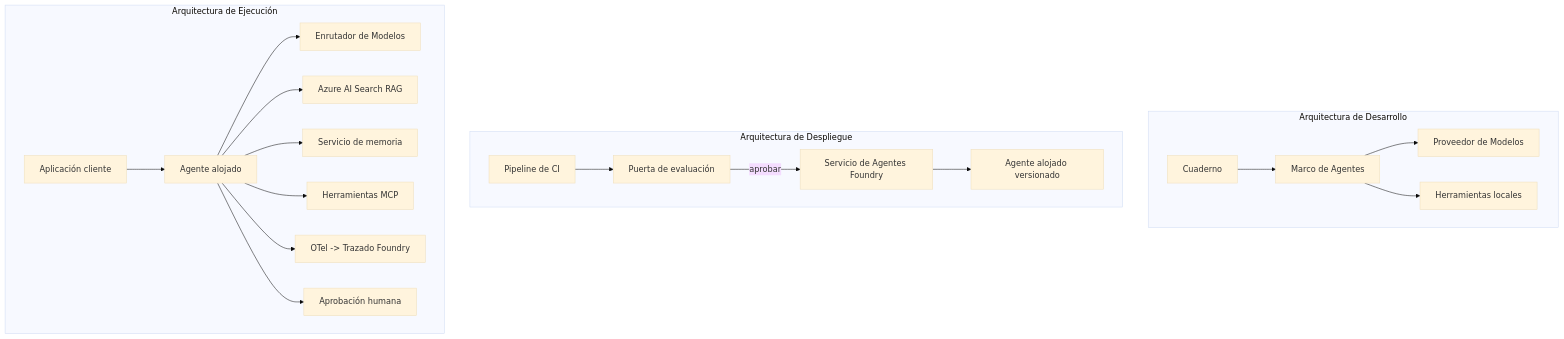
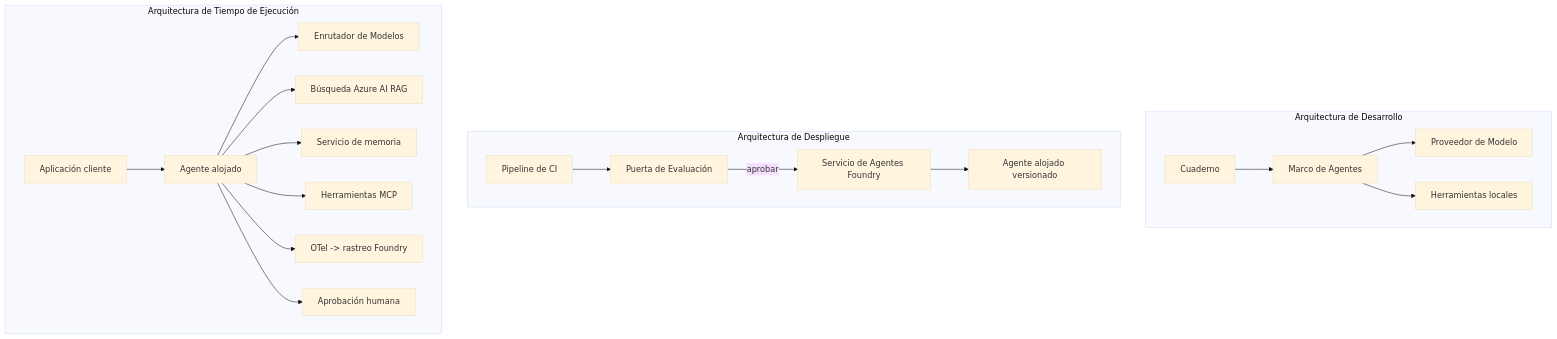
One commit to gabrielmoreira/agent-skills-mirror changed the fourth of 4 diagrams in mirrors/repos/microsoft@ai-agents-for-beginners/translations/es/16-deploying-scalable-agents/README.md. Above: the diagram before and after it, drawn with Mermaid (base theme). The commit also changed other lines of this file and 5918 other files, not shown here.

````diff
--- a/mirrors/repos/microsoft@ai-agents-for-beginners/translations/es/16-deploying-scalable-agents/README.md
+++ b/mirrors/repos/microsoft@ai-agents-for-beginners/translations/es/16-deploying-scalable-agents/README.md
@@ -185,22 +185,22 @@
 ```mermaid
 flowchart TB
     subgraph Dev[Arquitectura de Desarrollo]
         D1[Cuaderno] --> D2[Marco de Agentes]
-        D2 --> D3[Proveedor de Modelos]
+        D2 --> D3[Proveedor de Modelo]
         D2 --> D4[Herramientas locales]
     end
     subgraph Deploy[Arquitectura de Despliegue]
-        E1[Pipeline de CI] --> E2[Puerta de evaluación]
+        E1[Pipeline de CI] --> E2[Puerta de Evaluación]
         E2 -->|aprobar| E3[Servicio de Agentes Foundry]
         E3 --> E4[Agente alojado versionado]
     end
-    subgraph Run[Arquitectura de Ejecución]
+    subgraph Run[Arquitectura de Tiempo de Ejecución]
         F1[Aplicación cliente] --> F2[Agente alojado]
         F2 --> F3[Enrutador de Modelos]
-        F2 --> F4[Azure AI Search RAG]
+        F2 --> F4[Búsqueda Azure AI RAG]
         F2 --> F5[Servicio de memoria]
         F2 --> F6[Herramientas MCP]
-        F2 --> F7[OTel -> Trazado Foundry]
+        F2 --> F7[OTel -> rastreo Foundry]
         F2 --> F8[Aprobación humana]
     end
 ```
````
